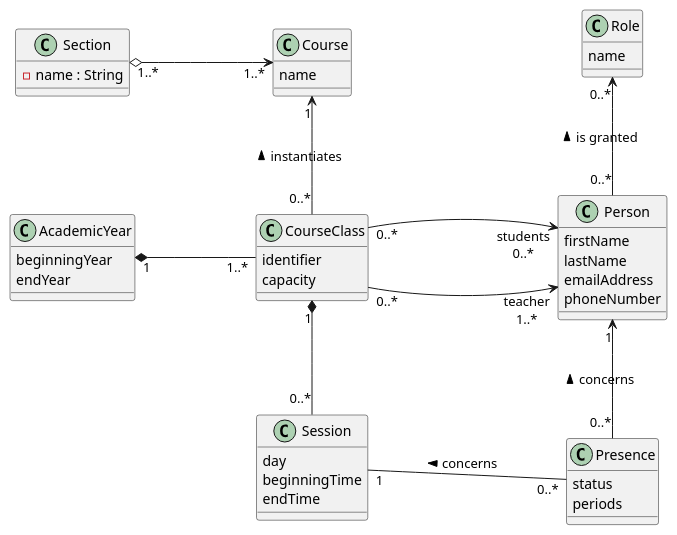
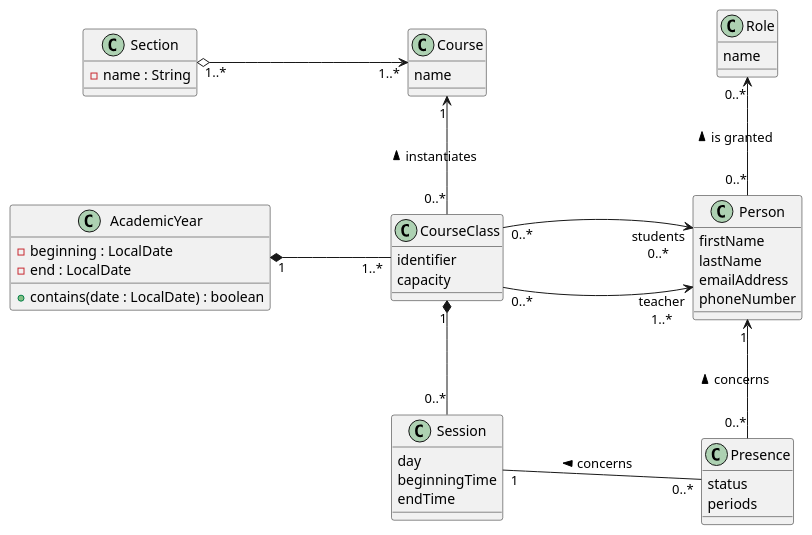
Before and after one commit to EAFC-Uccle-PROJINT-A1-2122/backend-projet-froland: the diagram in demo-course_attendance.puml, drawn with PlantUML. The commit also changed 4 other files, not shown here.

Commit message:
Changed academic year structure.

```diff
--- a/demo-course_attendance.puml
+++ b/demo-course_attendance.puml
@@ -1,49 +1,50 @@
 @startuml conception_classes
 left to right direction
 skinparam nodesep 100
 skinparam ranksep 120
 
 class Section {
   -name : String
+}
+class AcademicYear {
+  -beginning : LocalDate
+  -end : LocalDate
+  +contains(date : LocalDate) : boolean
 }
 class Person {
   firstName
   lastName
   emailAddress
   phoneNumber
 }
 class Course {
   name
 }
 class CourseClass {
   identifier
   capacity
 }
 class Session {
   day
   beginningTime
   endTime
 }
 class Presence {
   status
   periods
 }
-class AcademicYear {
-  beginningYear
-  endYear
-}
 
 class Role {
   name
 }
 
 Section "1..*" o--> "1..*" Course
 Course "1" <- "0..*" CourseClass : instantiates <
 AcademicYear "1" *-- "1..*" CourseClass
 CourseClass "0..*" --> "teacher\n1..*" Person
 CourseClass "0..*" --> "students\n0..*" Person
 CourseClass "1" *- "0..*" Session
 Role "0..*" <- "0..*" Person : is granted <
 Person "1" <- "0..*" Presence : concerns <
 Session "1" -- "0..*" Presence : concerns <
 @enduml
```
